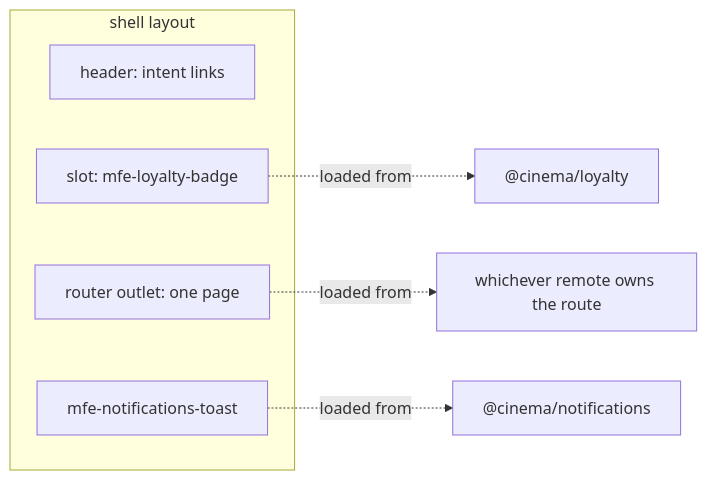
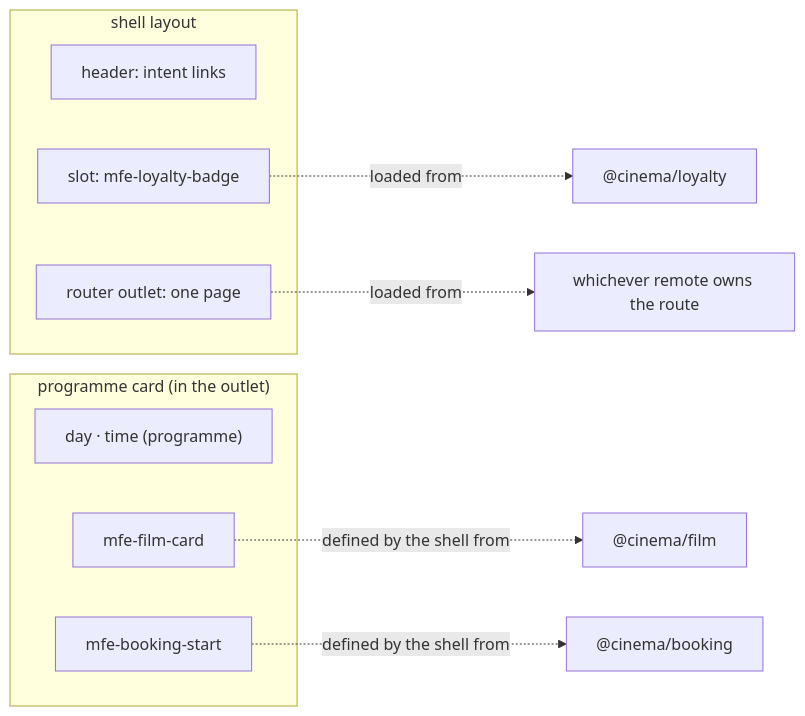
One commit to native-federation/playground changed the second of 2 diagrams in angular/cinema/docs/architecture.md. Above: the diagram before and after it, drawn with Mermaid. The commit also changed other lines of this file and 95 other files, not shown here.

First line of the commit message:
refactor(cinema): reslice around film cards and the booking start fragment

````diff
--- a/angular/cinema/docs/architecture.md
+++ b/angular/cinema/docs/architecture.md
@@ -204,12 +219,17 @@
 ```mermaid
 flowchart LR
     subgraph Layout["shell layout"]
         H["header: intent links"]
         B["slot: mfe-loyalty-badge"]
         P["router outlet: one page"]
-        T["mfe-notifications-toast"]
+    end
+    subgraph Card["programme card (in the outlet)"]
+        T["day · time (programme)"]
+        F["mfe-film-card"]
+        K["mfe-booking-start"]
     end
     B -. "loaded from" .-> LOY["@cinema/loyalty"]
-    T -. "loaded from" .-> NOT["@cinema/notifications"]
     P -. "loaded from" .-> ANY["whichever remote owns the route"]
+    F -. "defined by the shell from" .-> FILM["@cinema/film"]
+    K -. "defined by the shell from" .-> BOOK["@cinema/booking"]
 ```
````
